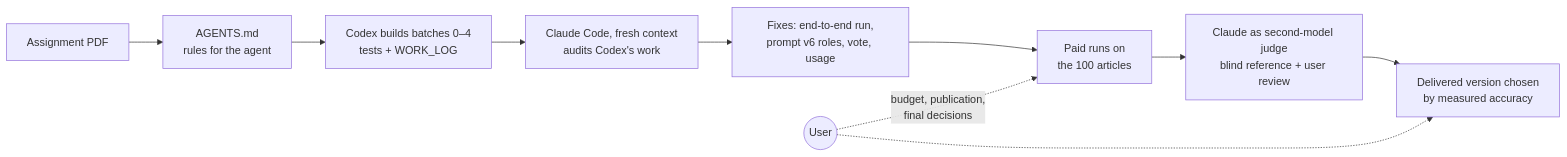
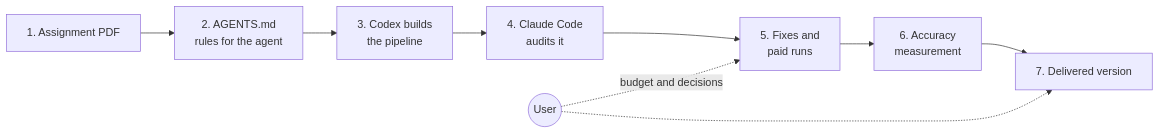
The second of 2 diagrams in ARCHITECTURE.md (sonalain077/Whitehole_project), drawn with Mermaid before and after one commit. The commit also changed other lines of this file, not shown here.

First line of the commit message:
Explain each pipeline step with a worked example

````diff
--- a/ARCHITECTURE.md
+++ b/ARCHITECTURE.md
@@ -76,12 +154,11 @@
 ```mermaid
 flowchart LR
-    PDF["Assignment PDF"] --> RULES["AGENTS.md<br/>rules for the agent"]
-    RULES --> CODEX["Codex builds batches 0–4<br/>tests + WORK_LOG"]
-    CODEX --> AUDIT["Claude Code, fresh context<br/>audits Codex's work"]
-    AUDIT --> FIX["Fixes: end-to-end run,<br/>prompt v6 roles, vote, usage"]
-    FIX --> RUNS["Paid runs on<br/>the 100 articles"]
-    RUNS --> JUDGE["Claude as second-model judge<br/>blind reference + user review"]
-    JUDGE --> PICK["Delivered version chosen<br/>by measured accuracy"]
-    USER(("User")) -. "budget, publication,<br/>final decisions" .-> RUNS
-    USER -.-> PICK
+    A["1. Assignment PDF"] --> B["2. AGENTS.md<br/>rules for the agent"]
+    B --> C["3. Codex builds<br/>the pipeline"]
+    C --> D["4. Claude Code<br/>audits it"]
+    D --> E["5. Fixes and<br/>paid runs"]
+    E --> F["6. Accuracy<br/>measurement"]
+    F --> G["7. Delivered version"]
+    U(("User")) -. "budget and decisions" .-> E
+    U -.-> G
 ```
````
